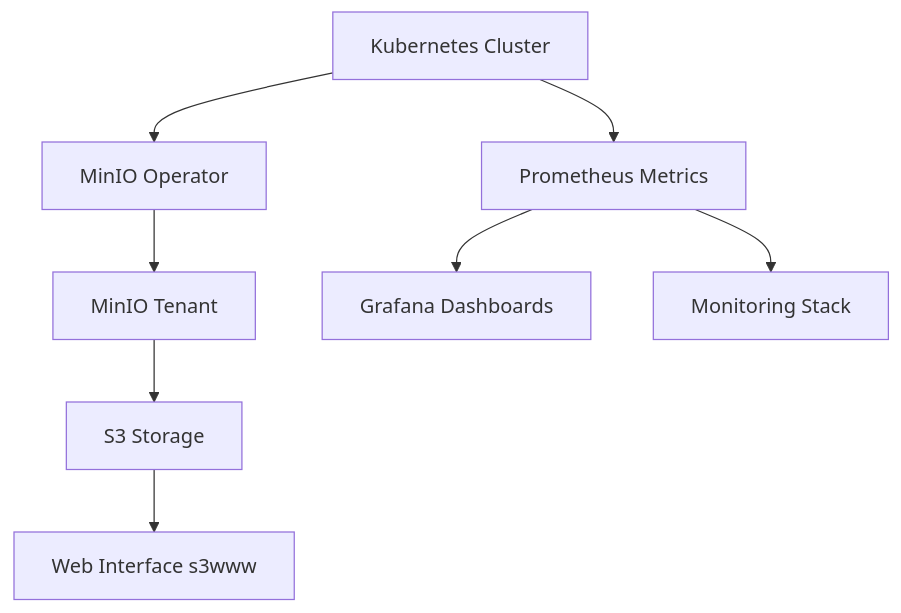
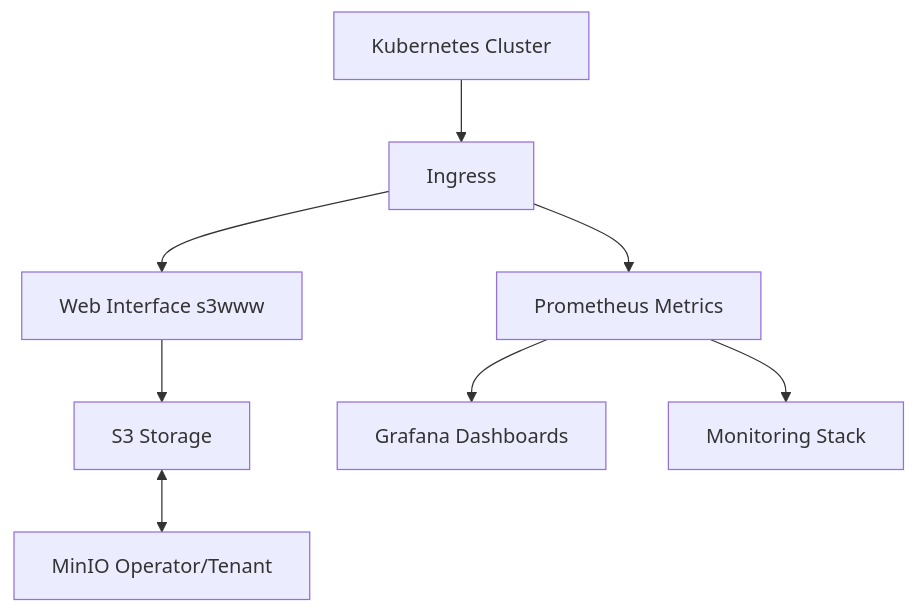
Before and after one commit to amohamedhey/up42-infra: the diagram in README.md, drawn with Mermaid. The commit also changed other lines of this file and 7 other files, not shown here.

````diff
--- a/README.md
+++ b/README.md
@@ -9,10 +11,10 @@
 ```mermaid
 graph TD
-    A[Kubernetes Cluster] --> B[MinIO Operator]
-    B --> C[MinIO Tenant]
+    A[Kubernetes Cluster] --> B[Ingress]
+    B --> C[Web Interface s3www]
     C --> D[S3 Storage]
-    D --> E[Web Interface s3www]
+    D <--> E[MinIO Operator/Tenant]
     G --> F[Grafana Dashboards]
-    A --> G[Prometheus Metrics]
+    B --> G[Prometheus Metrics]
     G --> H[Monitoring Stack]
 ```
````
